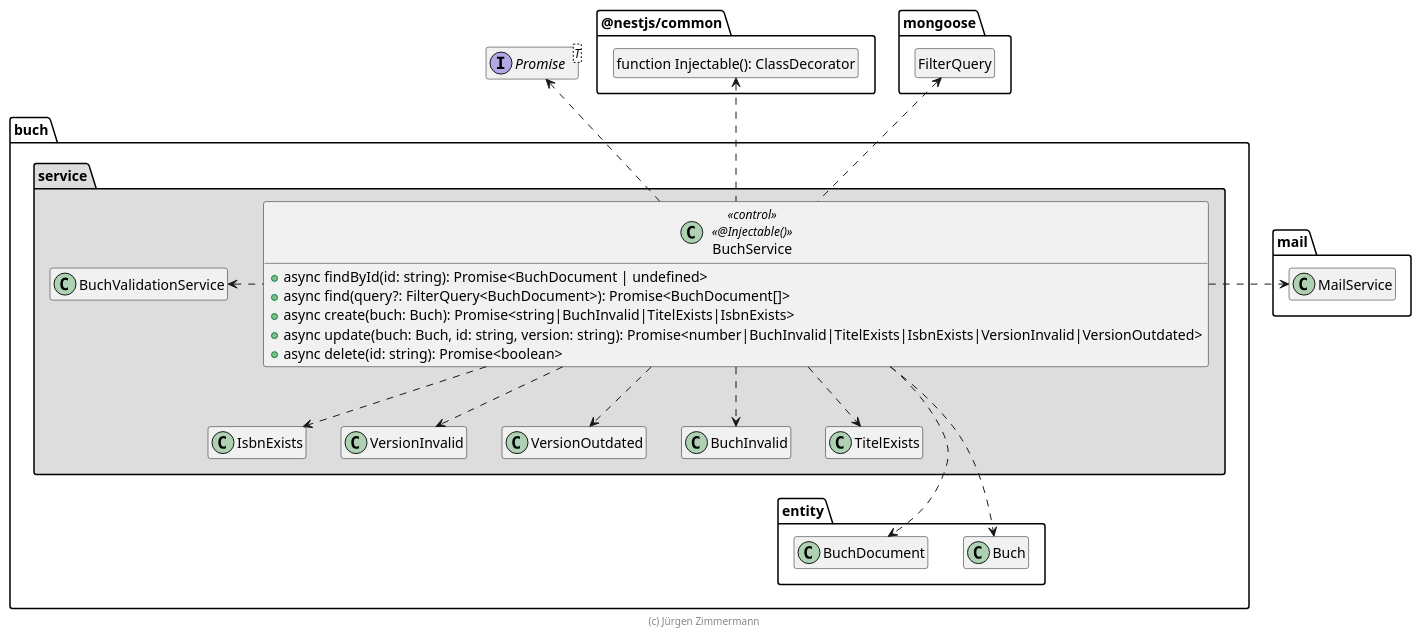
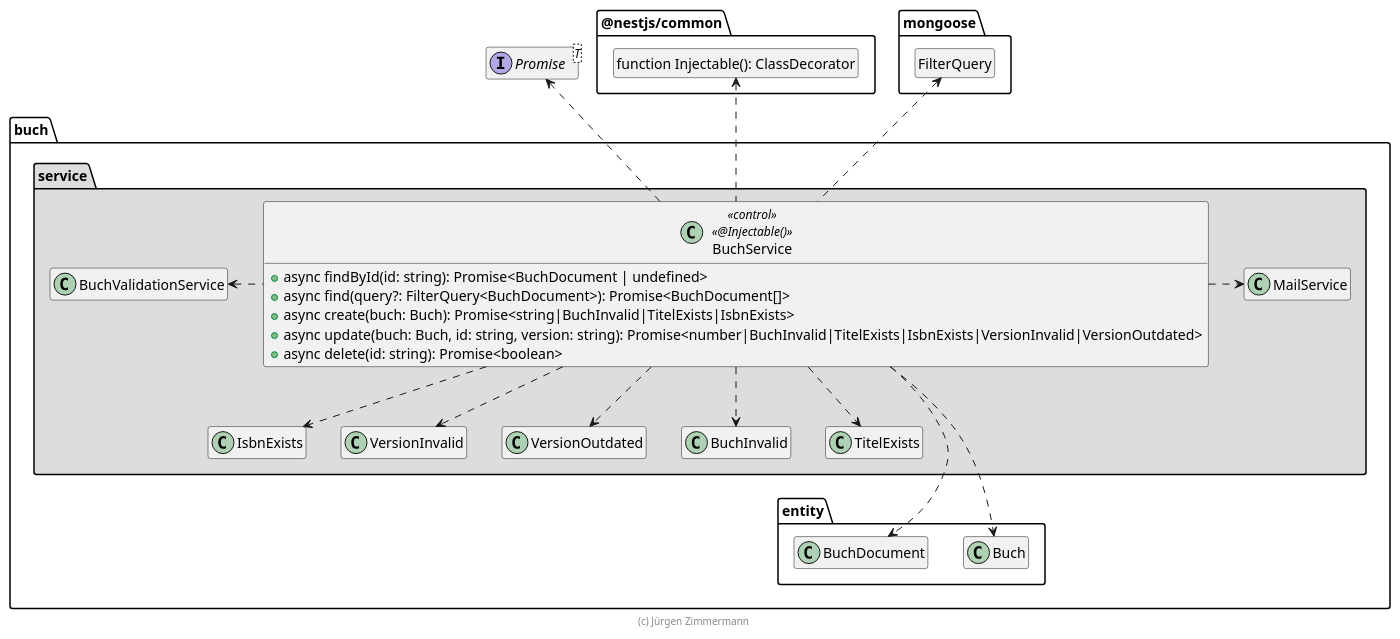
One commit to SWEGruppe8/Film changed the diagram in extras/doc/entwicklerhandbuch/FilmService.puml. Above: the diagram before and after it, drawn with PlantUML. The commit also changed 1 other file, not shown here.

```diff
--- a/extras/doc/entwicklerhandbuch/FilmService.puml
+++ b/extras/doc/entwicklerhandbuch/FilmService.puml
@@ -1,62 +1,59 @@
 @startuml Anwendungskern
 
 interface Promise<T>
 
 package @nestjs/common {
   class "function Injectable(): ClassDecorator" as Injectable
   hide Injectable circle
 }
 
 package mongoose {
   class FilterQuery
   hide FilterQuery circle
 }
 
-package mail {
-  class MailService
-}
 
 package buch {
   package entity {
     class Buch
     class BuchDocument
 
   }
 
   package service #DDDDDD {
     class BuchInvalid
     class TitelExists
     class IsbnExists
     class VersionInvalid
     class VersionOutdated
 
     BuchService .up.> Promise
     BuchService ..> Buch
     BuchService ..> BuchDocument
     BuchService .left.> BuchValidationService
     BuchService ..> BuchInvalid
     BuchService ..> TitelExists
     BuchService ..> IsbnExists
     BuchService ..> VersionInvalid
     BuchService ..> VersionOutdated
     BuchService .right.> MailService
     BuchService .up.> FilterQuery
     BuchService .up.> Injectable
 
     class BuchService << control >> <<@Injectable()>> {
       + async findById(id: string): Promise<BuchDocument | undefined>
       + async find(query?: FilterQuery<BuchDocument>): Promise<BuchDocument[]>
       + async create(buch: Buch): Promise<string|BuchInvalid|TitelExists|IsbnExists>
       + async update(buch: Buch, id: string, version: string): Promise<number|BuchInvalid|TitelExists|IsbnExists|VersionInvalid|VersionOutdated>
       + async delete(id: string): Promise<boolean>
     }
 
     VersionOutdated -[hidden]-> BuchDocument
   }
 }
 
 hide empty members
 
 footer (c) Jürgen Zimmermann
 
 @enduml
```
